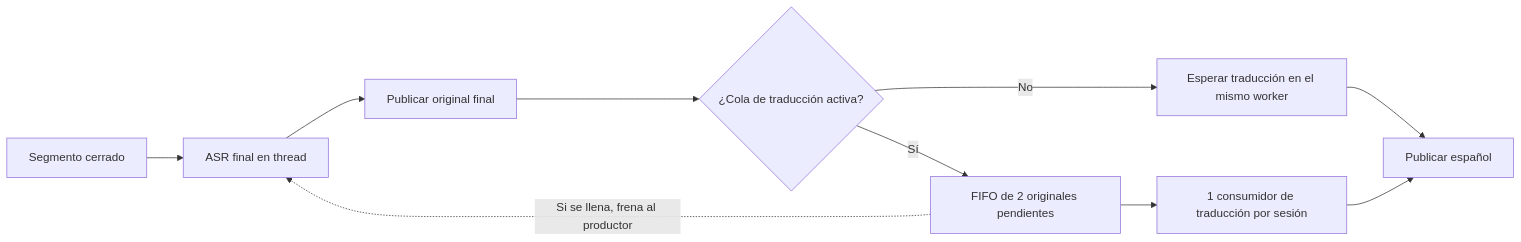
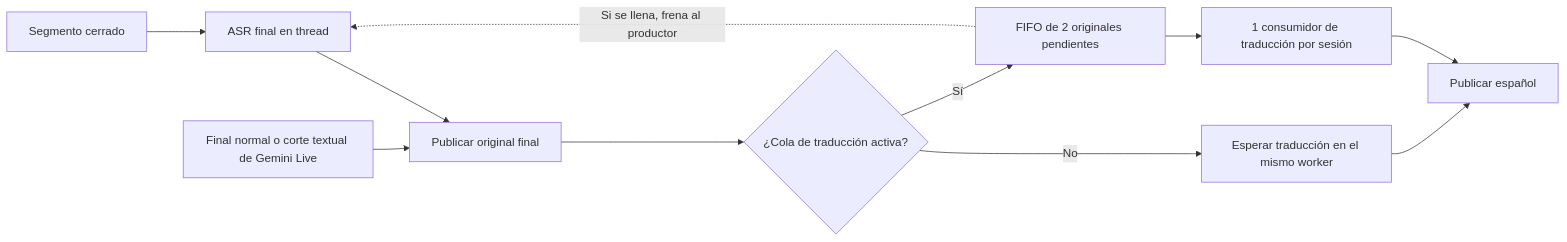
The tenth of 19 diagrams in docs/ARQUITECTURA.md (dnluc/decilo), drawn with Mermaid before and after one commit. The commit also changed other lines of this file and 53 other files, not shown here.

Commit message:
docs: sincronizar guias y arquitectura con Gemini Live y ASR incremental

````diff
--- a/docs/ARQUITECTURA.md
+++ b/docs/ARQUITECTURA.md
@@ -393,12 +537,13 @@
 ```mermaid
 flowchart LR
     Closed["Segmento cerrado"] --> ASR["ASR final en thread"]
     ASR --> Original["Publicar original final"]
+    Live["Final normal o corte textual de Gemini Live"] --> Original
     Original --> Mode{"¿Cola de traducción activa?"}
     Mode -->|No| Serial["Esperar traducción en el mismo worker"]
     Mode -->|Sí| Queue["FIFO de 2 originales pendientes"]
     Queue --> Translator["1 consumidor de traducción por sesión"]
     Translator --> Publish["Publicar español"]
     Serial --> Publish
     Queue -.->|"Si se llena, frena al productor"| ASR
 ```
````
